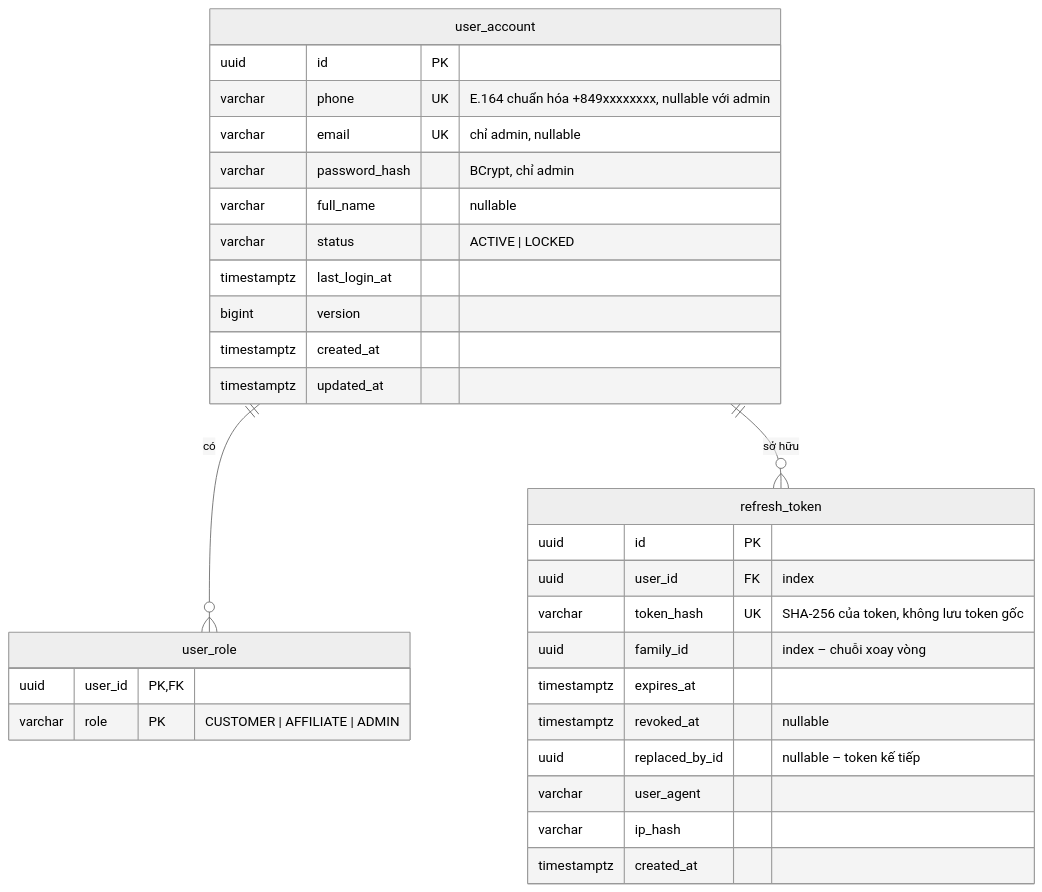
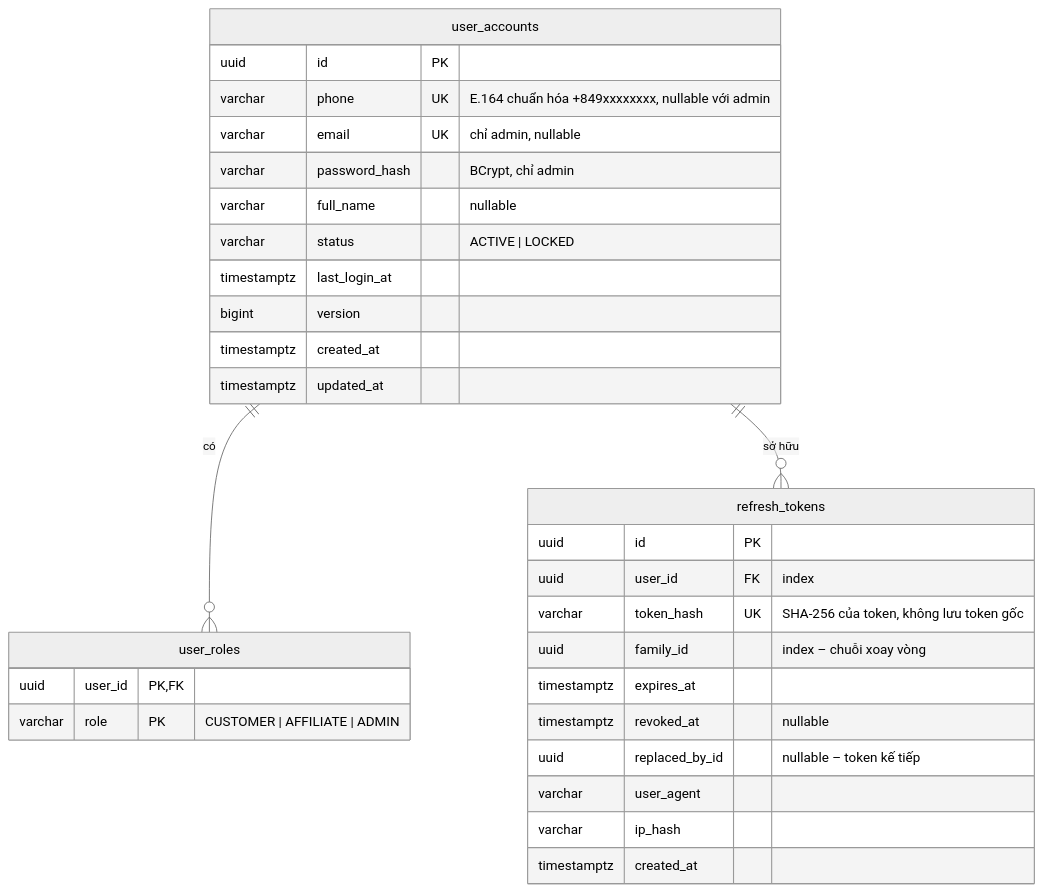
One commit to Vietnguyen203/Hwingroupweb changed the first of 6 diagrams in docs/02-erd.md. Above: the diagram before and after it, drawn with Mermaid (neutral theme). The commit also changed other lines of this file and 415 other files, not shown here.

````diff
--- a/docs/02-erd.md
+++ b/docs/02-erd.md
@@ -24,36 +24,36 @@
 ```mermaid
 erDiagram
-    user_account ||--o{ user_role : "có"
-    user_account ||--o{ refresh_token : "sở hữu"
+    user_accounts ||--o{ user_roles : "có"
+    user_accounts ||--o{ refresh_tokens : "sở hữu"
 
-    user_account {
+    user_accounts {
         uuid id PK
         varchar phone UK "E.164 chuẩn hóa +849xxxxxxxx, nullable với admin"
         varchar email UK "chỉ admin, nullable"
         varchar password_hash "BCrypt, chỉ admin"
         varchar full_name "nullable"
         varchar status "ACTIVE | LOCKED"
         timestamptz last_login_at
         bigint version
         timestamptz created_at
         timestamptz updated_at
     }
 
-    user_role {
+    user_roles {
         uuid user_id PK, FK
         varchar role PK "CUSTOMER | AFFILIATE | ADMIN"
     }
 
-    refresh_token {
+    refresh_tokens {
         uuid id PK
         uuid user_id FK "index"
         varchar token_hash UK "SHA-256 của token, không lưu token gốc"
         uuid family_id "index – chuỗi xoay vòng"
         timestamptz expires_at
         timestamptz revoked_at "nullable"
         uuid replaced_by_id "nullable – token kế tiếp"
         varchar user_agent
         varchar ip_hash
         timestamptz created_at
     }
 ```
````
